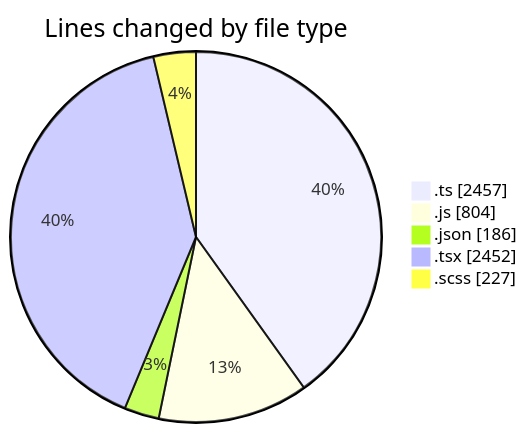
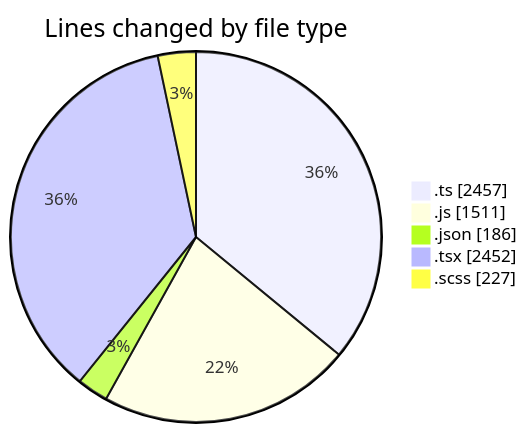
The first of 2 diagrams in 2026-06-18/cda/README.md (momahboobian/code-tracking), drawn with Mermaid before and after one commit. The commit also changed other lines of this file and 1 other file, not shown here.

````diff
--- a/2026-06-18/cda/README.md
+++ b/2026-06-18/cda/README.md
@@ -52,9 +53,9 @@
 ```mermaid
 pie showData
 title Lines changed by file type
 ".ts" : 2457
-".js" : 804
+".js" : 1511
 ".json" : 186
 ".tsx" : 2452
 ".scss" : 227
 ```
````
